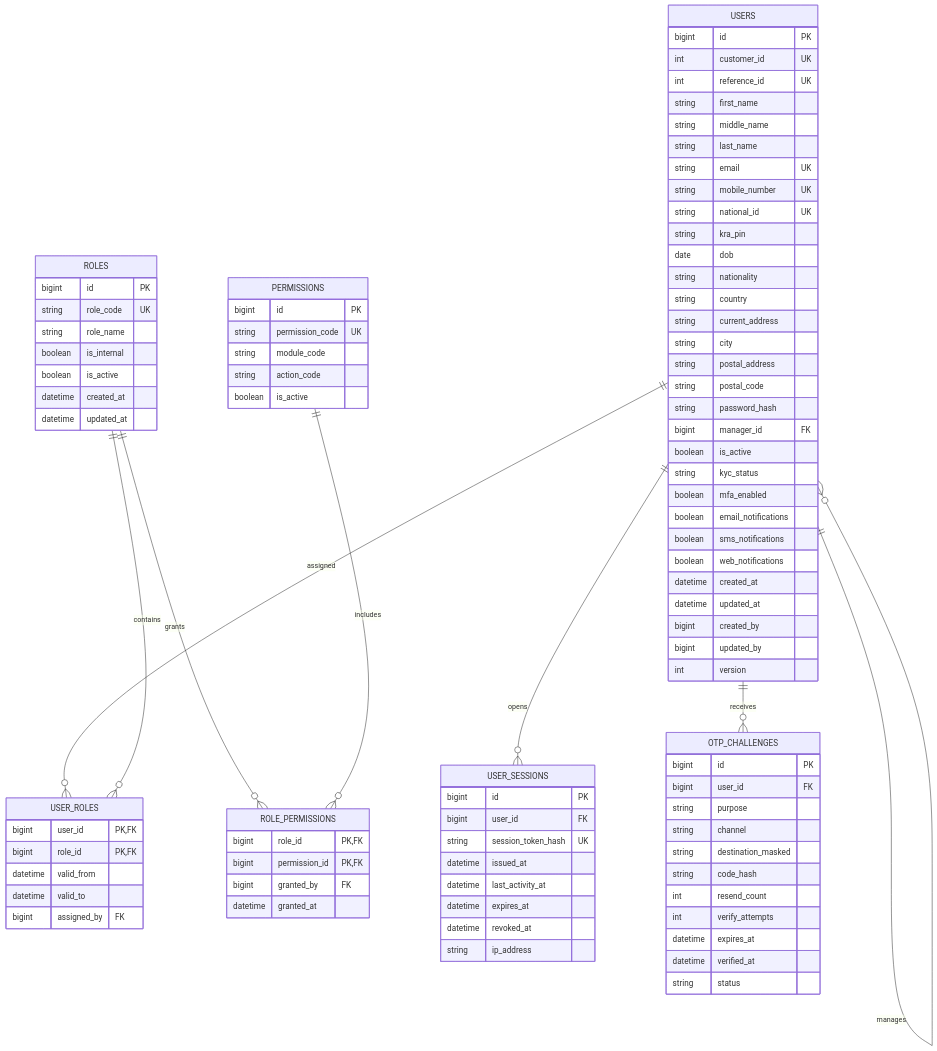
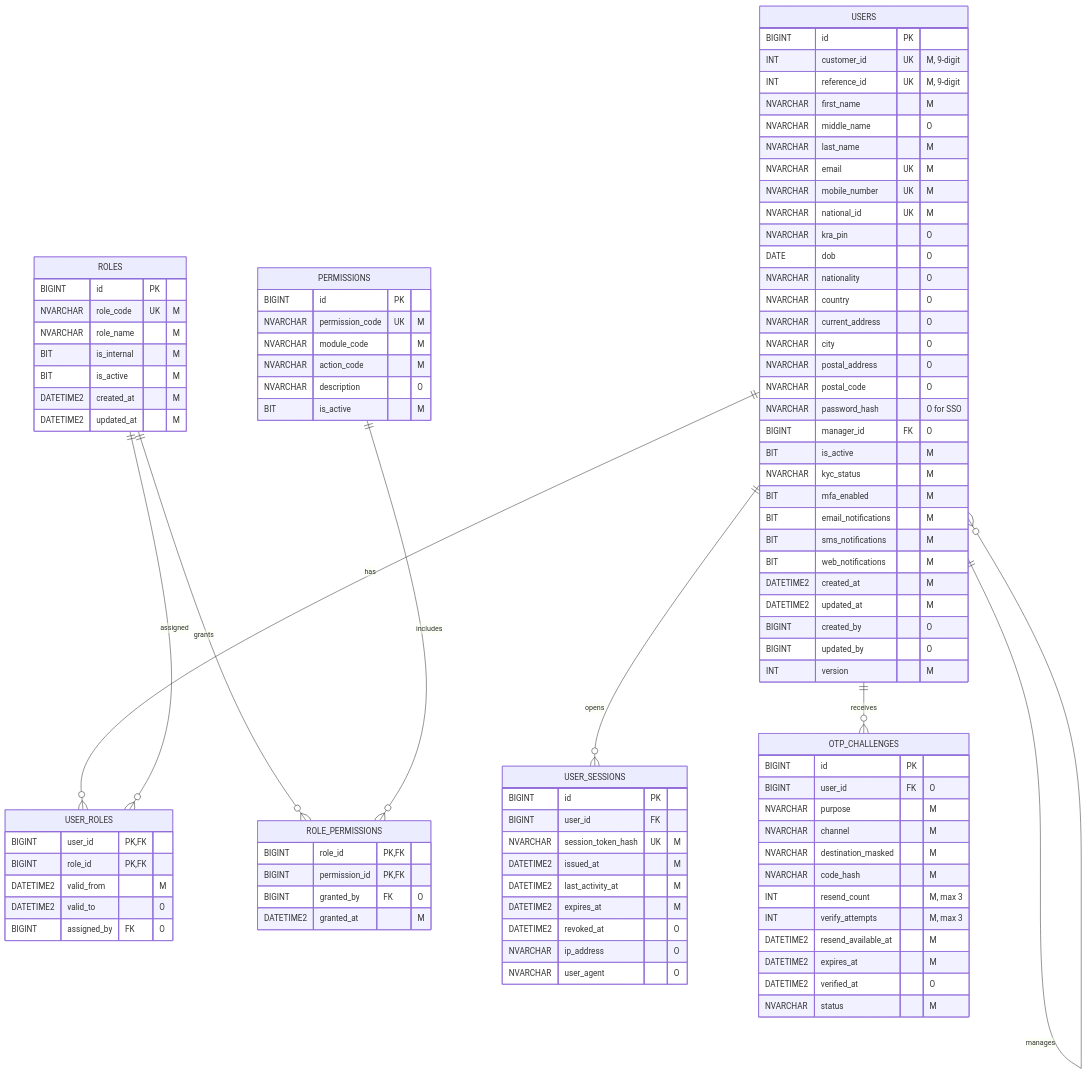
The second of 12 diagrams in docs/HFCB_GRAPHICAL_ER_MAPPING.md (JivanAhire/hfcb-marketplace-er-diagram), drawn with Mermaid before and after one commit. The commit also changed other lines of this file, not shown here.

Commit message:
Update graphical database mapping baseline with complete v5.2 tables and flows

````diff
--- a/docs/HFCB_GRAPHICAL_ER_MAPPING.md
+++ b/docs/HFCB_GRAPHICAL_ER_MAPPING.md
@@ -170,95 +185,98 @@
 ```mermaid
 erDiagram
   USERS ||--o{ USERS : manages
-  USERS ||--o{ USER_ROLES : assigned
-  ROLES ||--o{ USER_ROLES : contains
+  USERS ||--o{ USER_ROLES : has
+  ROLES ||--o{ USER_ROLES : assigned
   ROLES ||--o{ ROLE_PERMISSIONS : grants
   PERMISSIONS ||--o{ ROLE_PERMISSIONS : includes
   USERS ||--o{ USER_SESSIONS : opens
   USERS ||--o{ OTP_CHALLENGES : receives
 
   USERS {
-    bigint id PK
-    int customer_id UK
-    int reference_id UK
-    string first_name
-    string middle_name
-    string last_name
-    string email UK
-    string mobile_number UK
-    string national_id UK
-    string kra_pin
-    date dob
-    string nationality
-    string country
-    string current_address
-    string city
-    string postal_address
-    string postal_code
-    string password_hash
-    bigint manager_id FK
-    boolean is_active
-    string kyc_status
-    boolean mfa_enabled
-    boolean email_notifications
-    boolean sms_notifications
-    boolean web_notifications
-    datetime created_at
-    datetime updated_at
-    bigint created_by
-    bigint updated_by
-    int version
+    BIGINT id PK
+    INT customer_id UK "M, 9-digit"
+    INT reference_id UK "M, 9-digit"
+    NVARCHAR first_name "M"
+    NVARCHAR middle_name "O"
+    NVARCHAR last_name "M"
+    NVARCHAR email UK "M"
+    NVARCHAR mobile_number UK "M"
+    NVARCHAR national_id UK "M"
+    NVARCHAR kra_pin "O"
+    DATE dob "O"
+    NVARCHAR nationality "O"
+    NVARCHAR country "O"
+    NVARCHAR current_address "O"
+    NVARCHAR city "O"
+    NVARCHAR postal_address "O"
+    NVARCHAR postal_code "O"
+    NVARCHAR password_hash "O for SSO"
+    BIGINT manager_id FK "O"
+    BIT is_active "M"
+    NVARCHAR kyc_status "M"
+    BIT mfa_enabled "M"
+    BIT email_notifications "M"
+    BIT sms_notifications "M"
+    BIT web_notifications "M"
+    DATETIME2 created_at "M"
+    DATETIME2 updated_at "M"
+    BIGINT created_by "O"
+    BIGINT updated_by "O"
+    INT version "M"
   }
   ROLES {
-    bigint id PK
-    string role_code UK
-    string role_name
-    boolean is_internal
-    boolean is_active
-    datetime created_at
-    datetime updated_at
+    BIGINT id PK
+    NVARCHAR role_code UK "M"
+    NVARCHAR role_name "M"
+    BIT is_internal "M"
+    BIT is_active "M"
+    DATETIME2 created_at "M"
+    DATETIME2 updated_at "M"
   }
   PERMISSIONS {
-    bigint id PK
-    string permission_code UK
-    string module_code
-    string action_code
-    boolean is_active
+    BIGINT id PK
+    NVARCHAR permission_code UK "M"
+    NVARCHAR module_code "M"
+    NVARCHAR action_code "M"
+    NVARCHAR description "O"
+    BIT is_active "M"
   }
   USER_ROLES {
-    bigint user_id PK,FK
-    bigint role_id PK,FK
-    datetime valid_from
-    datetime valid_to
-    bigint assigned_by FK
+    BIGINT user_id PK,FK
+    BIGINT role_id PK,FK
+    DATETIME2 valid_from "M"
+    DATETIME2 valid_to "O"
+    BIGINT assigned_by FK "O"
   }
   ROLE_PERMISSIONS {
-    bigint role_id PK,FK
-    bigint permission_id PK,FK
-    bigint granted_by FK
-    datetime granted_at
+    BIGINT role_id PK,FK
+    BIGINT permission_id PK,FK
+    BIGINT granted_by FK "O"
+    DATETIME2 granted_at "M"
   }
   USER_SESSIONS {
-    bigint id PK
-    bigint user_id FK
-    string session_token_hash UK
-    datetime issued_at
-    datetime last_activity_at
-    datetime expires_at
-    datetime revoked_at
-    string ip_address
+    BIGINT id PK
+    BIGINT user_id FK
+    NVARCHAR session_token_hash UK "M"
+    DATETIME2 issued_at "M"
+    DATETIME2 last_activity_at "M"
+    DATETIME2 expires_at "M"
+    DATETIME2 revoked_at "O"
+    NVARCHAR ip_address "O"
+    NVARCHAR user_agent "O"
   }
   OTP_CHALLENGES {
-    bigint id PK
-    bigint user_id FK
-    string purpose
-    string channel
-    string destination_masked
-    string code_hash
-    int resend_count
-    int verify_attempts
-    datetime expires_at
-    datetime verified_at
-    string status
+    BIGINT id PK
+    BIGINT user_id FK "O"
+    NVARCHAR purpose "M"
+    NVARCHAR channel "M"
+    NVARCHAR destination_masked "M"
+    NVARCHAR code_hash "M"
+    INT resend_count "M, max 3"
+    INT verify_attempts "M, max 3"
+    DATETIME2 resend_available_at "M"
+    DATETIME2 expires_at "M"
+    DATETIME2 verified_at "O"
+    NVARCHAR status "M"
   }
 ```
````
